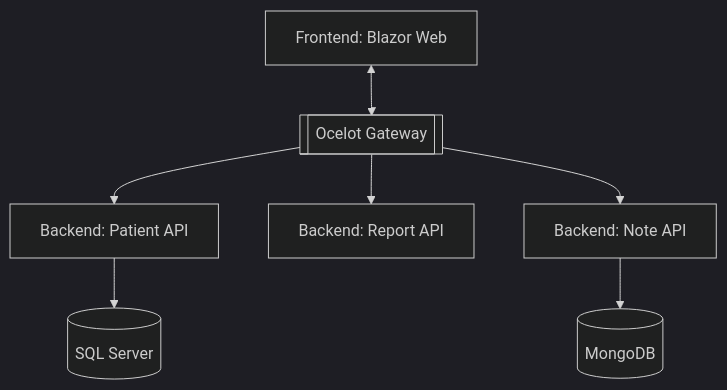
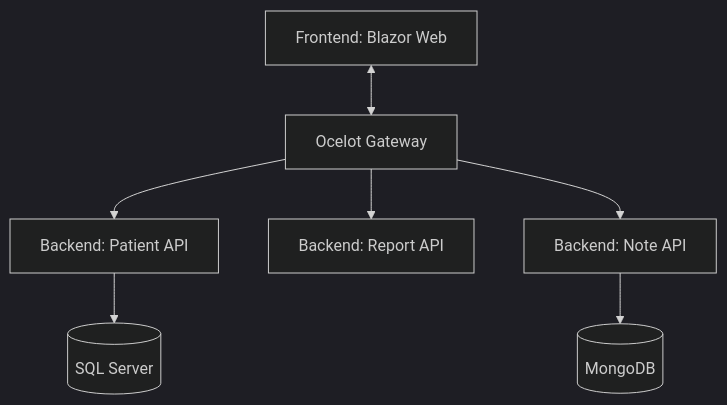
The diagram in README.md (bpodwinski/DotNetprojet10), drawn with Mermaid (dark theme) before and after one commit.

````diff
--- a/README.md
+++ b/README.md
@@ -2,9 +2,9 @@
 ```mermaid
 	graph TD;
-	Ocelot[[Ocelot Gateway]]  -->  PatientService[Backend: Patient API]
-	Ocelot  -->  Rapport-Diabete[Backend: Report API]
+	Ocelot[Ocelot Gateway]  -->  PatientService[Backend: Patient API]
+	Ocelot  -->  ReportService[Backend: Report API]
 	Ocelot  -->  NoteService[Backend: Note API]
 	PatientService  -->  SQL[(SQL Server)]
 	NoteService  -->  MongoDB[(MongoDB)]
 	Client[Frontend: Blazor Web]  <-->  Ocelot
 ```
````
